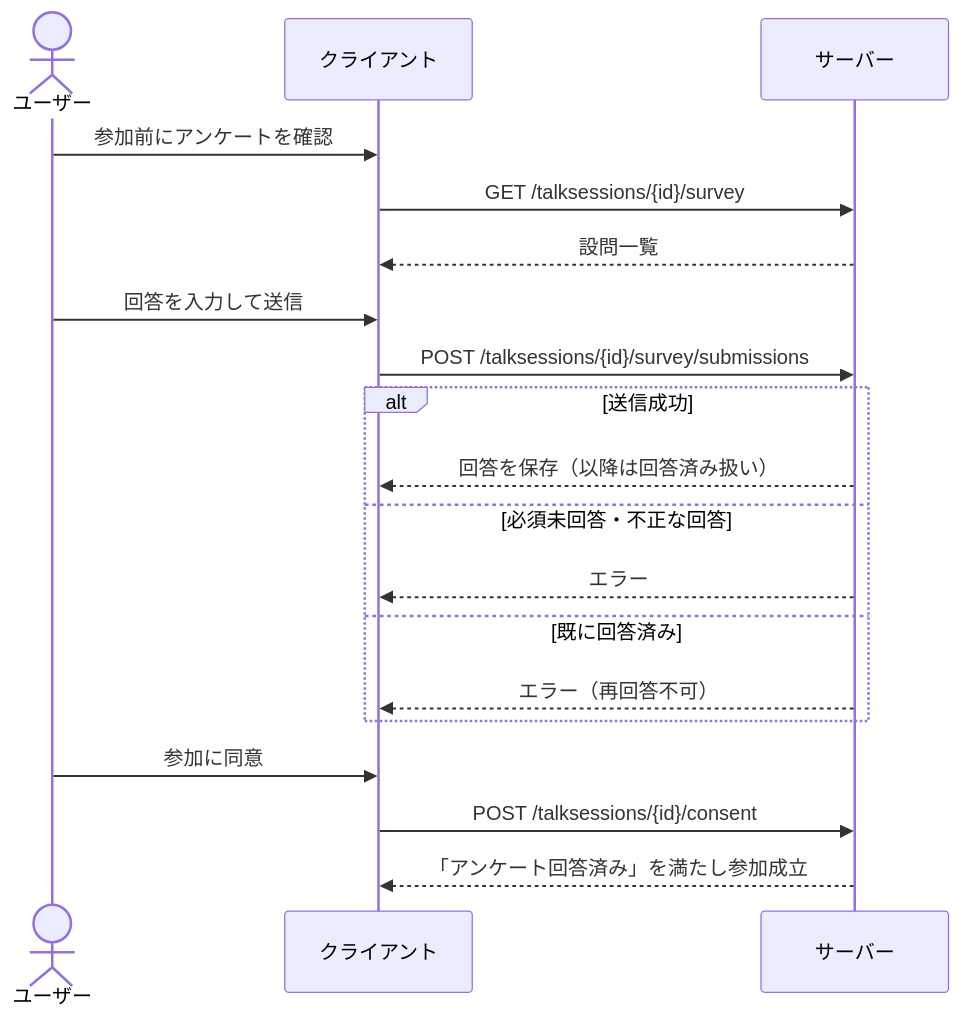
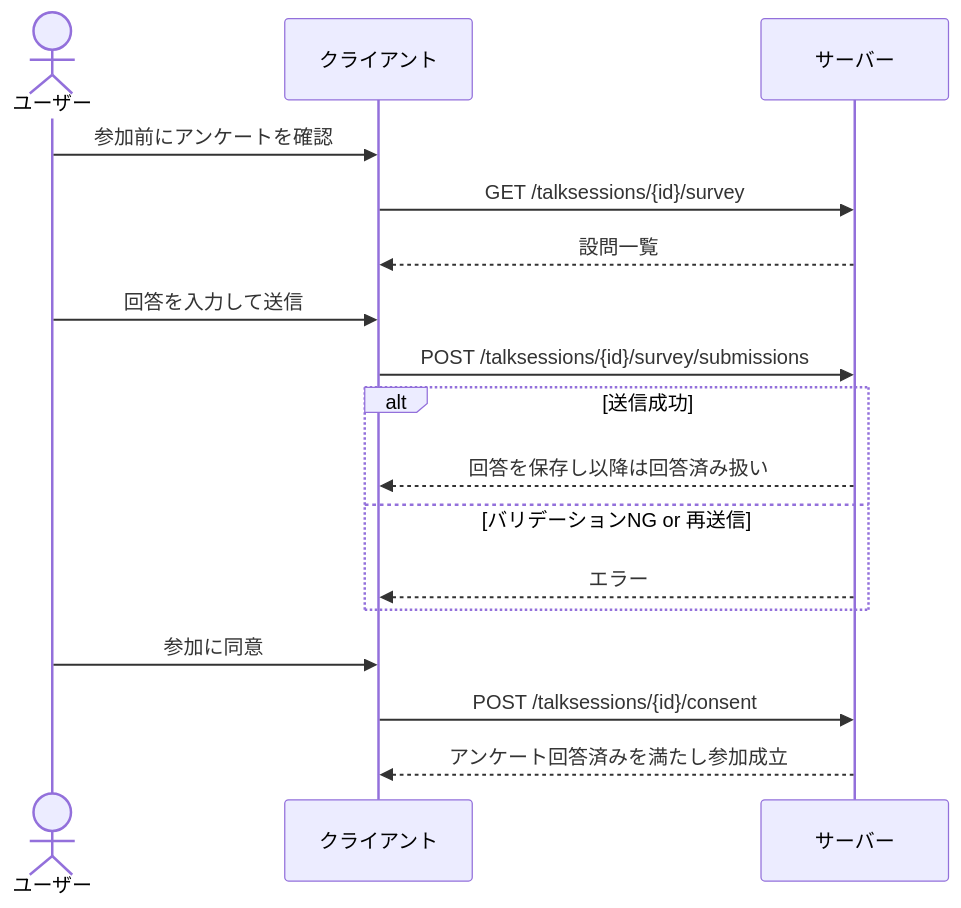
The first of 2 diagrams in docs/features/talk-session-survey.md (neko-dream/api), drawn with Mermaid before and after one commit. The commit also changed other lines of this file, not shown here.

Commit message:
📝 docs(talksession): mermaid 図の互換性を上げる
- 3 分岐 alt/else/else を 2 分岐に整理（一部レンダラ未対応）
- メッセージ内の全角括弧をスラッシュ区切りに置換

````diff
--- a/docs/features/talk-session-survey.md
+++ b/docs/features/talk-session-survey.md
@@ -78,24 +78,22 @@
 ```mermaid
 sequenceDiagram
     actor User as ユーザー
     participant Client as クライアント
     participant Server as サーバー
 
     User->>Client: 参加前にアンケートを確認
     Client->>Server: GET /talksessions/{id}/survey
     Server-->>Client: 設問一覧
 
     User->>Client: 回答を入力して送信
     Client->>Server: POST /talksessions/{id}/survey/submissions
     alt 送信成功
-        Server-->>Client: 回答を保存（以降は回答済み扱い）
-    else 必須未回答・不正な回答
+        Server-->>Client: 回答を保存し以降は回答済み扱い
+    else バリデーションNG or 再送信
         Server-->>Client: エラー
-    else 既に回答済み
-        Server-->>Client: エラー（再回答不可）
     end
 
     User->>Client: 参加に同意
     Client->>Server: POST /talksessions/{id}/consent
-    Server-->>Client: 「アンケート回答済み」を満たし参加成立
+    Server-->>Client: アンケート回答済みを満たし参加成立
 ```
````
